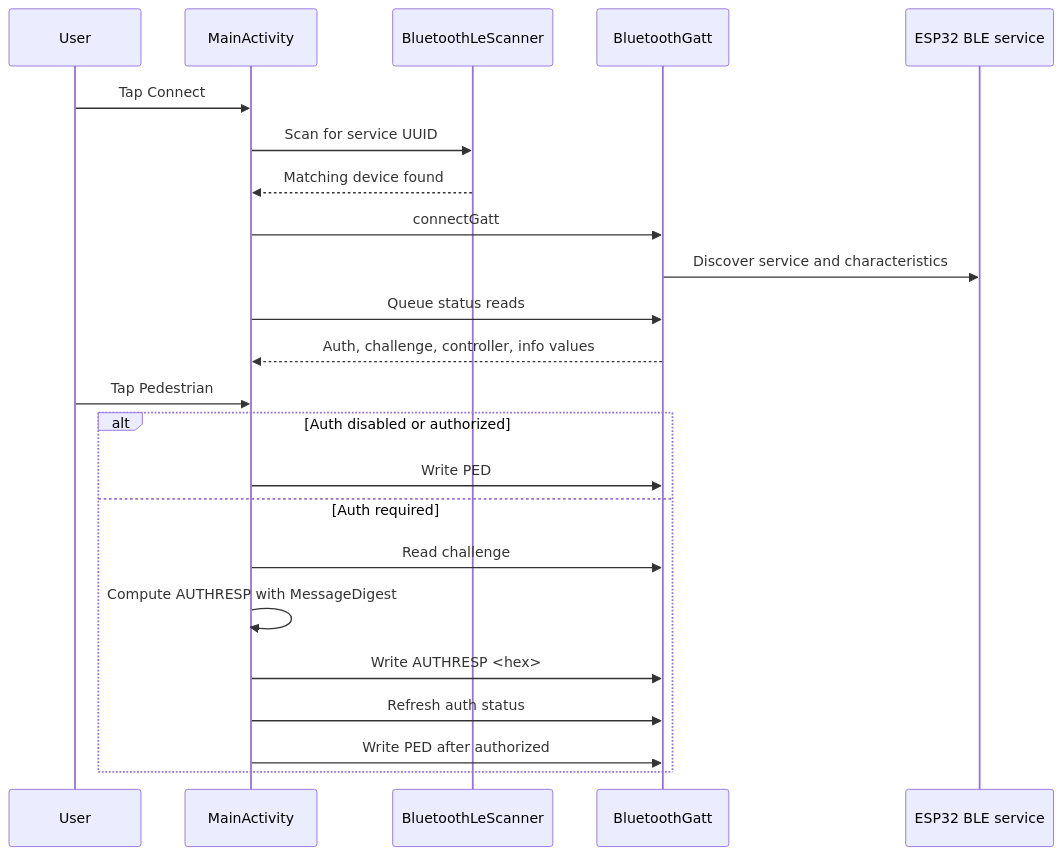
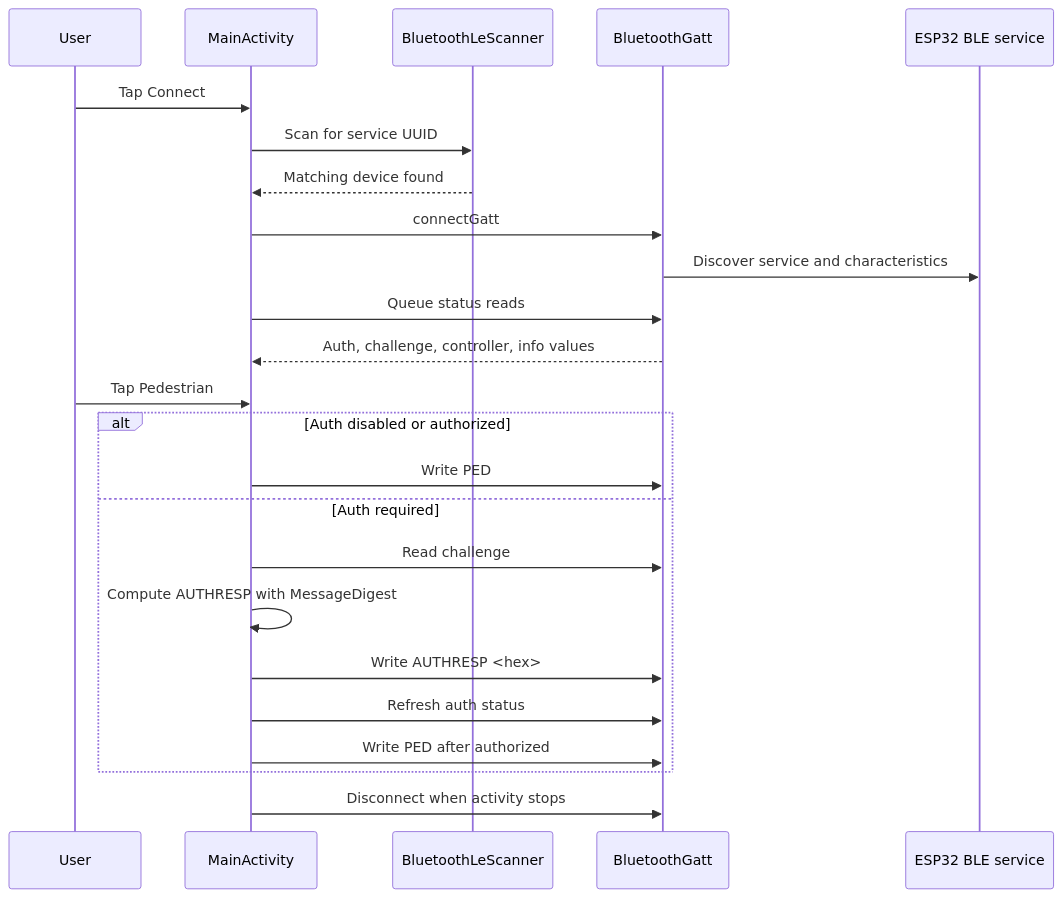
One commit to edward-sia/d5-evo-gate changed the diagram in android-app/README.md. Above: the diagram before and after it, drawn with Mermaid. The commit also changed other lines of this file and 14 other files, not shown here.

````diff
--- a/android-app/README.md
+++ b/android-app/README.md
@@ -31,26 +31,27 @@
 ```mermaid
 sequenceDiagram
     participant User
     participant App as MainActivity
     participant Scanner as BluetoothLeScanner
     participant Gatt as BluetoothGatt
     participant ESP32 as ESP32 BLE service
 
     User->>App: Tap Connect
     App->>Scanner: Scan for service UUID
     Scanner-->>App: Matching device found
     App->>Gatt: connectGatt
     Gatt->>ESP32: Discover service and characteristics
     App->>Gatt: Queue status reads
     Gatt-->>App: Auth, challenge, controller, info values
     User->>App: Tap Pedestrian
     alt Auth disabled or authorized
         App->>Gatt: Write PED
     else Auth required
         App->>Gatt: Read challenge
         App->>App: Compute AUTHRESP with MessageDigest
         App->>Gatt: Write AUTHRESP <hex>
         App->>Gatt: Refresh auth status
         App->>Gatt: Write PED after authorized
     end
+    App->>Gatt: Disconnect when activity stops
 ```
````
